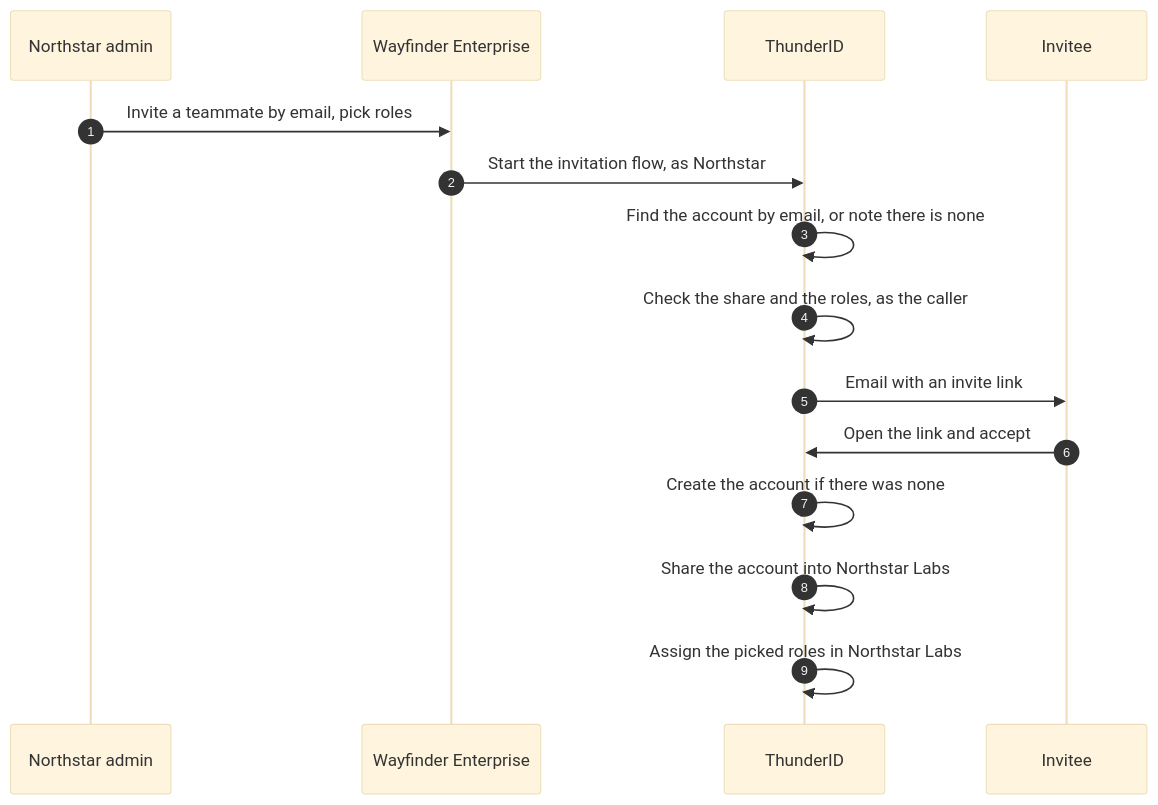
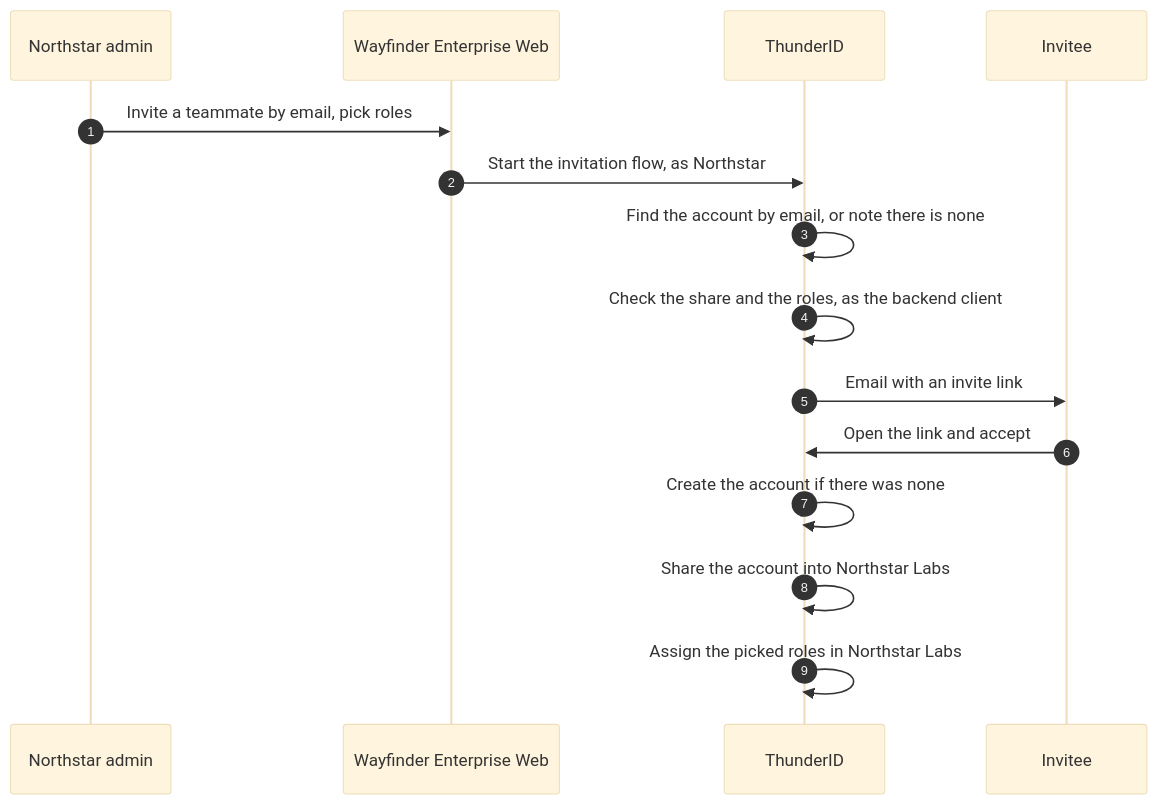
Before and after one commit to thunder-id/thunderid: the diagram in docs/content/use-cases/b2b/journeys/invite-members.mdx, drawn with Mermaid (base theme). The commit also changed other lines of this file and 12 other files, not shown here.

````diff
--- a/docs/content/use-cases/b2b/journeys/invite-members.mdx
+++ b/docs/content/use-cases/b2b/journeys/invite-members.mdx
@@ -34,17 +36,17 @@
 ```mermaid
 sequenceDiagram
   autonumber
   participant Admin as Northstar admin
-  participant App as Wayfinder Enterprise
+  participant App as Wayfinder Enterprise Web
   participant TID as ThunderID
   participant Invitee
   Admin->>App: Invite a teammate by email, pick roles
   App->>TID: Start the invitation flow, as Northstar
   TID->>TID: Find the account by email, or note there is none
-  TID->>TID: Check the share and the roles, as the caller
+  TID->>TID: Check the share and the roles, as the backend client
   TID->>Invitee: Email with an invite link
   Invitee->>TID: Open the link and accept
   TID->>TID: Create the account if there was none
   TID->>TID: Share the account into Northstar Labs
   TID->>TID: Assign the picked roles in Northstar Labs
 ```
````
